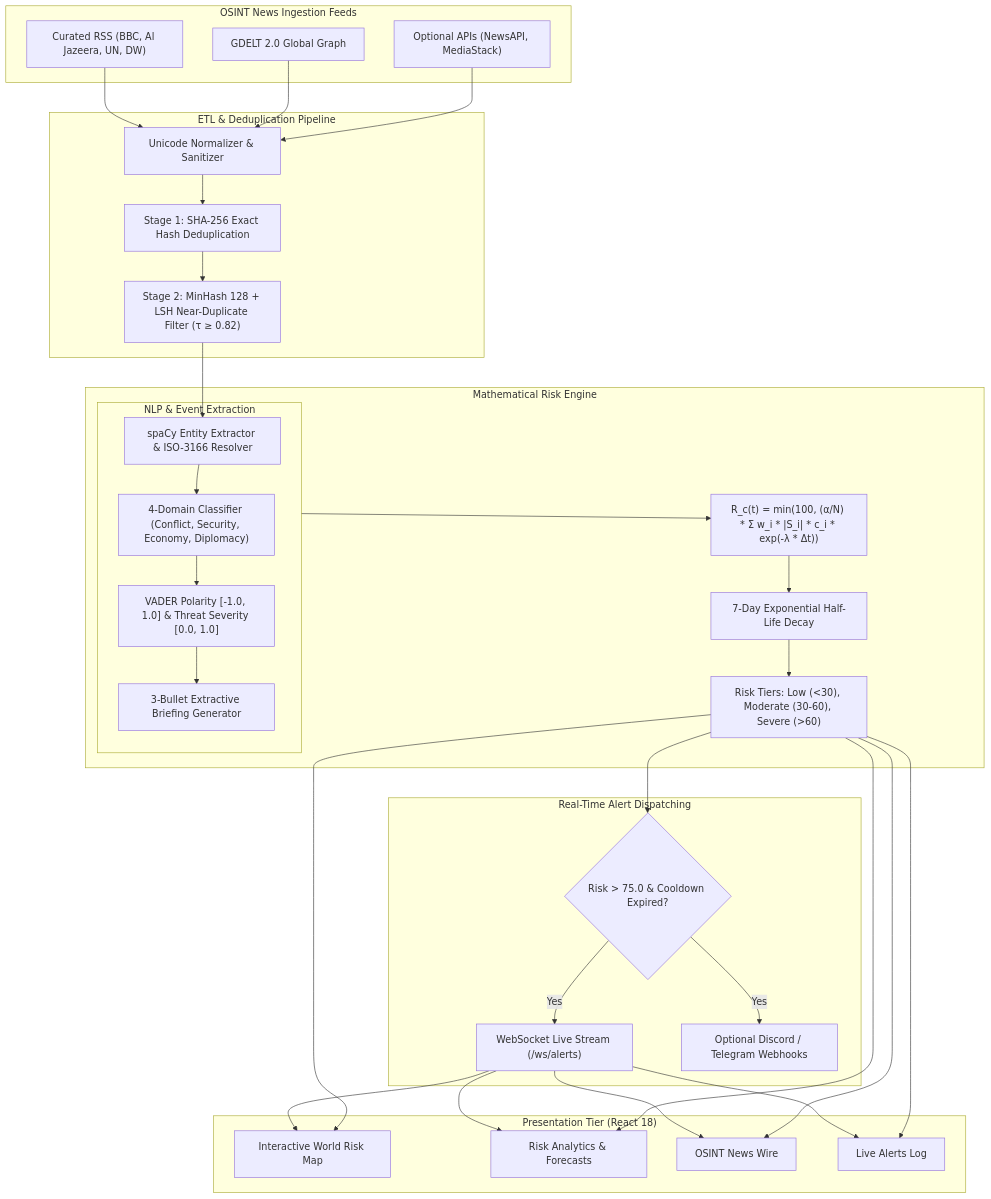
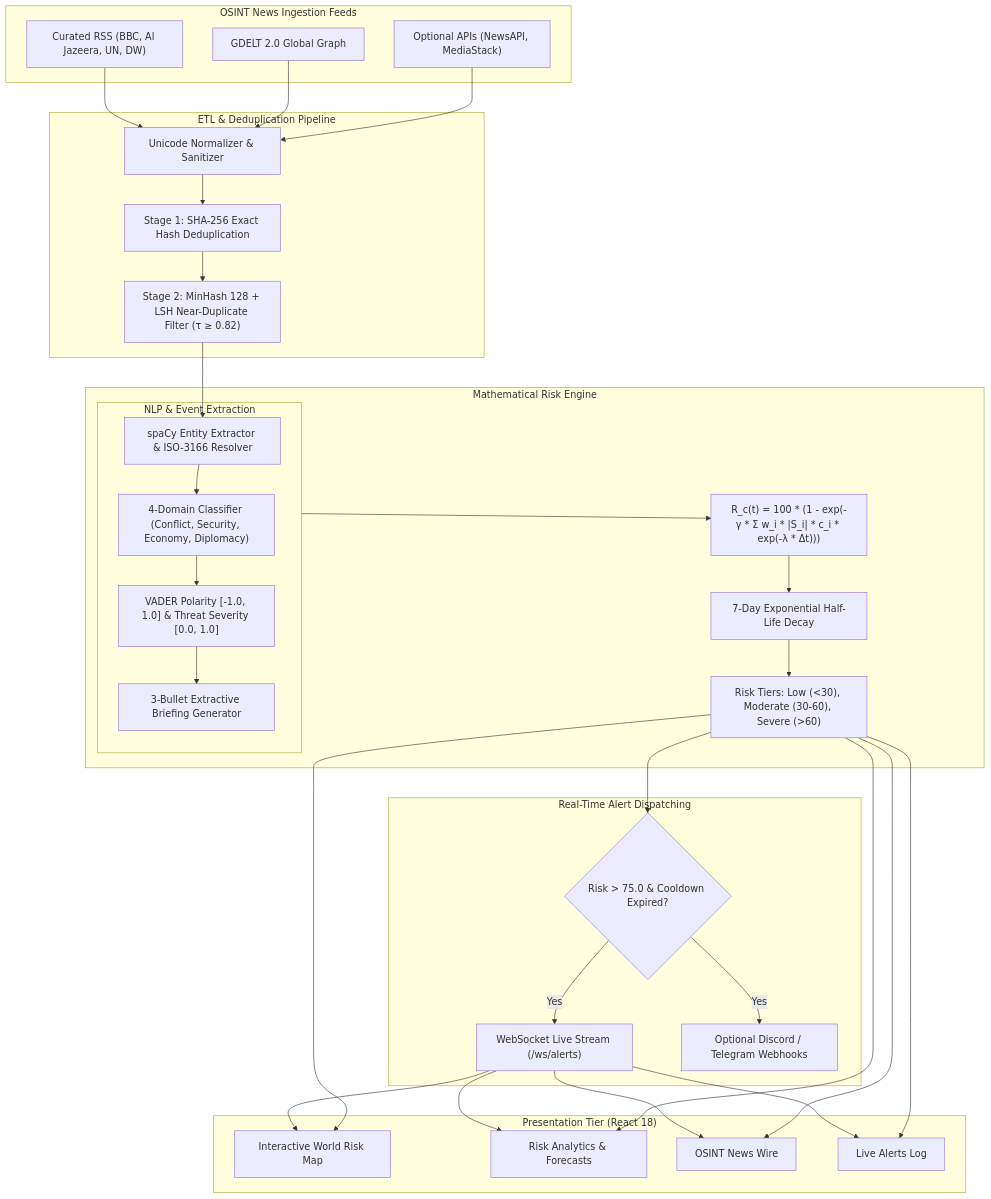
Before and after one commit to praneeet/geosentinel-ai: the diagram in README.md, drawn with Mermaid. The commit also changed other lines of this file and 31 other files, not shown here.

Commit message:
feat: implement core backend, database schema, and NLP risk-scoring pipeline

````diff
--- a/README.md
+++ b/README.md
@@ -62,40 +62,40 @@
 ```mermaid
 flowchart TD
     subgraph Feeds ["OSINT News Ingestion Feeds"]
         F1["Curated RSS (BBC, Al Jazeera, UN, DW)"]
         F2["GDELT 2.0 Global Graph"]
         F3["Optional APIs (NewsAPI, MediaStack)"]
     end
 
     subgraph Ingestion ["ETL & Deduplication Pipeline"]
         F1 & F2 & F3 --> Normalizer["Unicode Normalizer & Sanitizer"]
         Normalizer --> Stage1["Stage 1: SHA-256 Exact Hash Deduplication"]
         Stage1 --> Stage2["Stage 2: MinHash 128 + LSH Near-Duplicate Filter (τ ≥ 0.82)"]
     end
 
     subgraph NLP ["NLP & Event Extraction"]
         Stage2 --> NER["spaCy Entity Extractor & ISO-3166 Resolver"]
         NER --> Classifier["4-Domain Classifier (Conflict, Security, Economy, Diplomacy)"]
         Classifier --> Sentiment["VADER Polarity [-1.0, 1.0] & Threat Severity [0.0, 1.0]"]
         Sentiment --> Summarizer["3-Bullet Extractive Briefing Generator"]
     end
 
     subgraph Scoring ["Mathematical Risk Engine"]
-        NLP --> Formula["R_c(t) = min(100, (α/N) * Σ w_i * |S_i| * c_i * exp(-λ * Δt))"]
+        NLP --> Formula["R_c(t) = 100 * (1 - exp(-γ * Σ w_i * |S_i| * c_i * exp(-λ * Δt)))"]
         Formula --> Decay["7-Day Exponential Half-Life Decay"]
         Decay --> Tiers["Risk Tiers: Low (<30), Moderate (30-60), Severe (>60)"]
     end
 
     subgraph Dispatch ["Real-Time Alert Dispatching"]
         Tiers --> Threshold{"Risk > 75.0 & Cooldown Expired?"}
         Threshold -- "Yes" --> WS["WebSocket Live Stream (/ws/alerts)"]
         Threshold -- "Yes" --> Webhooks["Optional Discord / Telegram Webhooks"]
     end
 
     subgraph Presentation ["Presentation Tier (React 18)"]
         WS & Tiers --> Map["Interactive World Risk Map"]
         WS & Tiers --> Analytics["Risk Analytics & Forecasts"]
         WS & Tiers --> Wire["OSINT News Wire"]
         WS & Tiers --> Alerts["Live Alerts Log"]
     end
 ```
````
